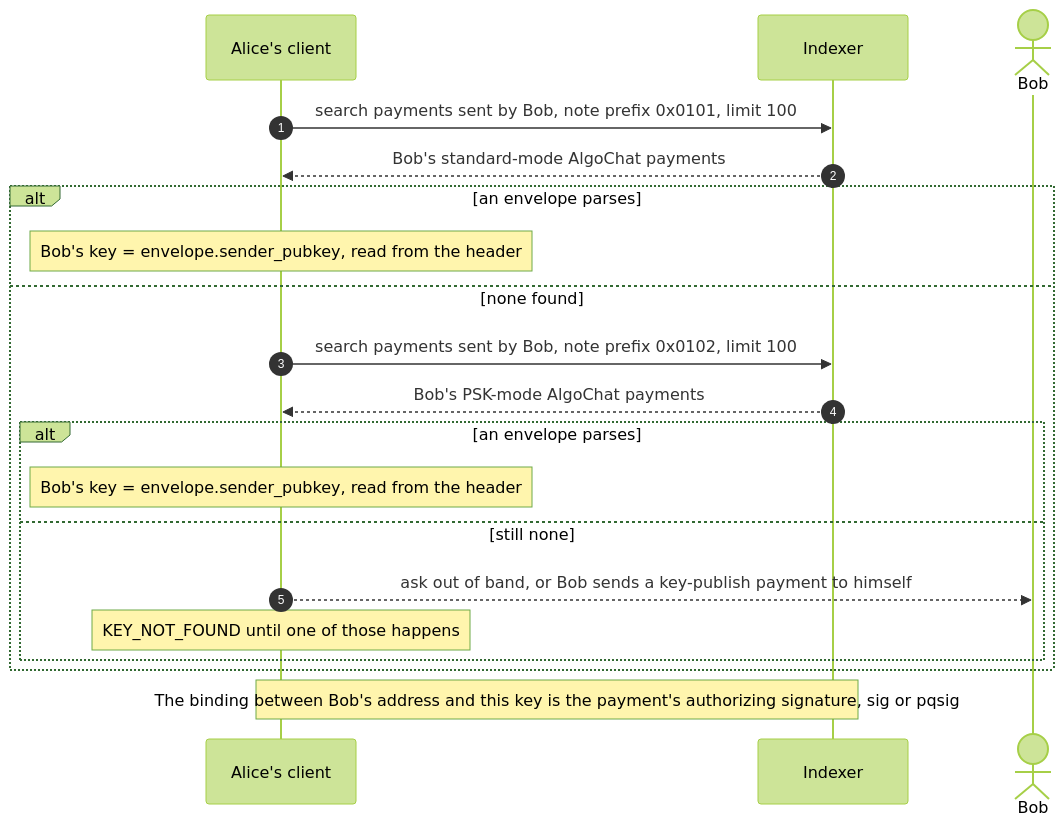
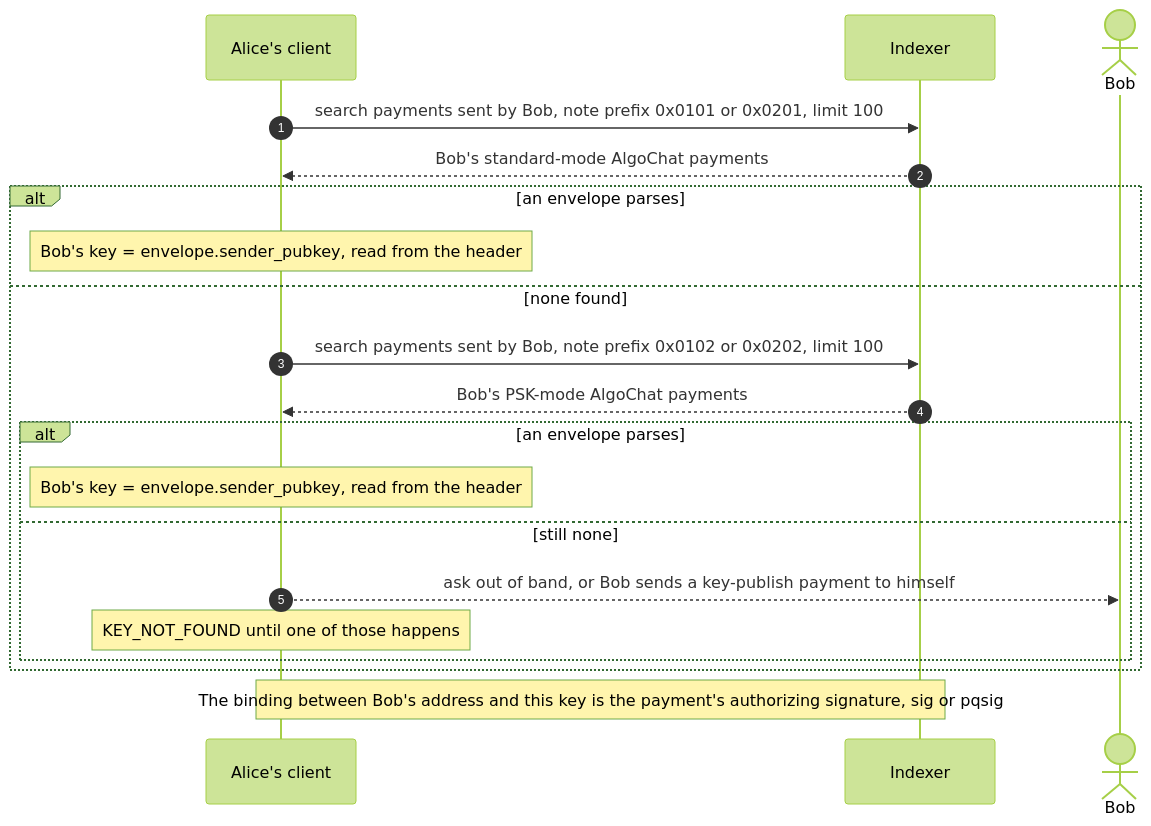
Before and after one commit to CorvidLabs/algochat: the fifth of 15 diagrams in docs/HLD.md, drawn with Mermaid (forest theme). The commit also changed other lines of this file and 207 other files, not shown here.

````diff
--- a/docs/HLD.md
+++ b/docs/HLD.md
@@ -185,22 +185,22 @@
 ```mermaid
 sequenceDiagram
     autonumber
     participant A as Alice's client
     participant I as Indexer
     actor B as Bob
-    A->>I: search payments sent by Bob, note prefix 0x0101, limit 100
+    A->>I: search payments sent by Bob, note prefix 0x0101 or 0x0201, limit 100
     I-->>A: Bob's standard-mode AlgoChat payments
     alt an envelope parses
         Note over A: Bob's key = envelope.sender_pubkey, read from the header
     else none found
-        A->>I: search payments sent by Bob, note prefix 0x0102, limit 100
+        A->>I: search payments sent by Bob, note prefix 0x0102 or 0x0202, limit 100
         I-->>A: Bob's PSK-mode AlgoChat payments
         alt an envelope parses
             Note over A: Bob's key = envelope.sender_pubkey, read from the header
         else still none
             A-->>B: ask out of band, or Bob sends a key-publish payment to himself
             Note over A: KEY_NOT_FOUND until one of those happens
         end
     end
     Note over A,I: The binding between Bob's address and this key is the payment's authorizing signature, sig or pqsig
 ```
````
